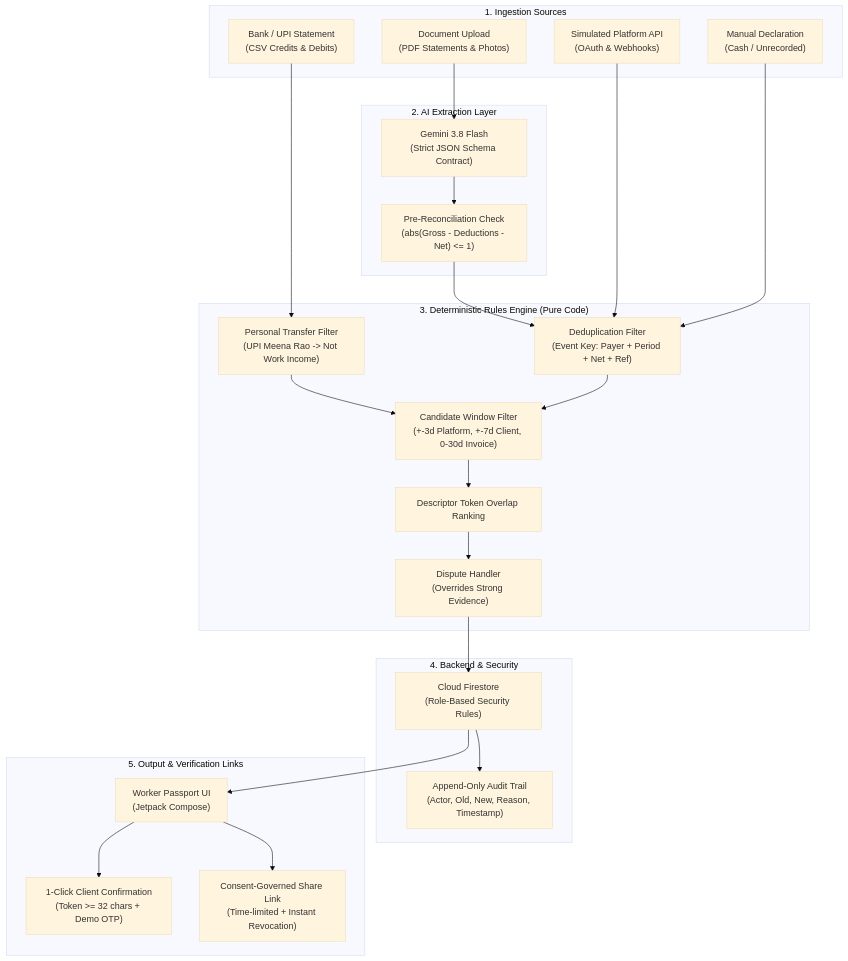
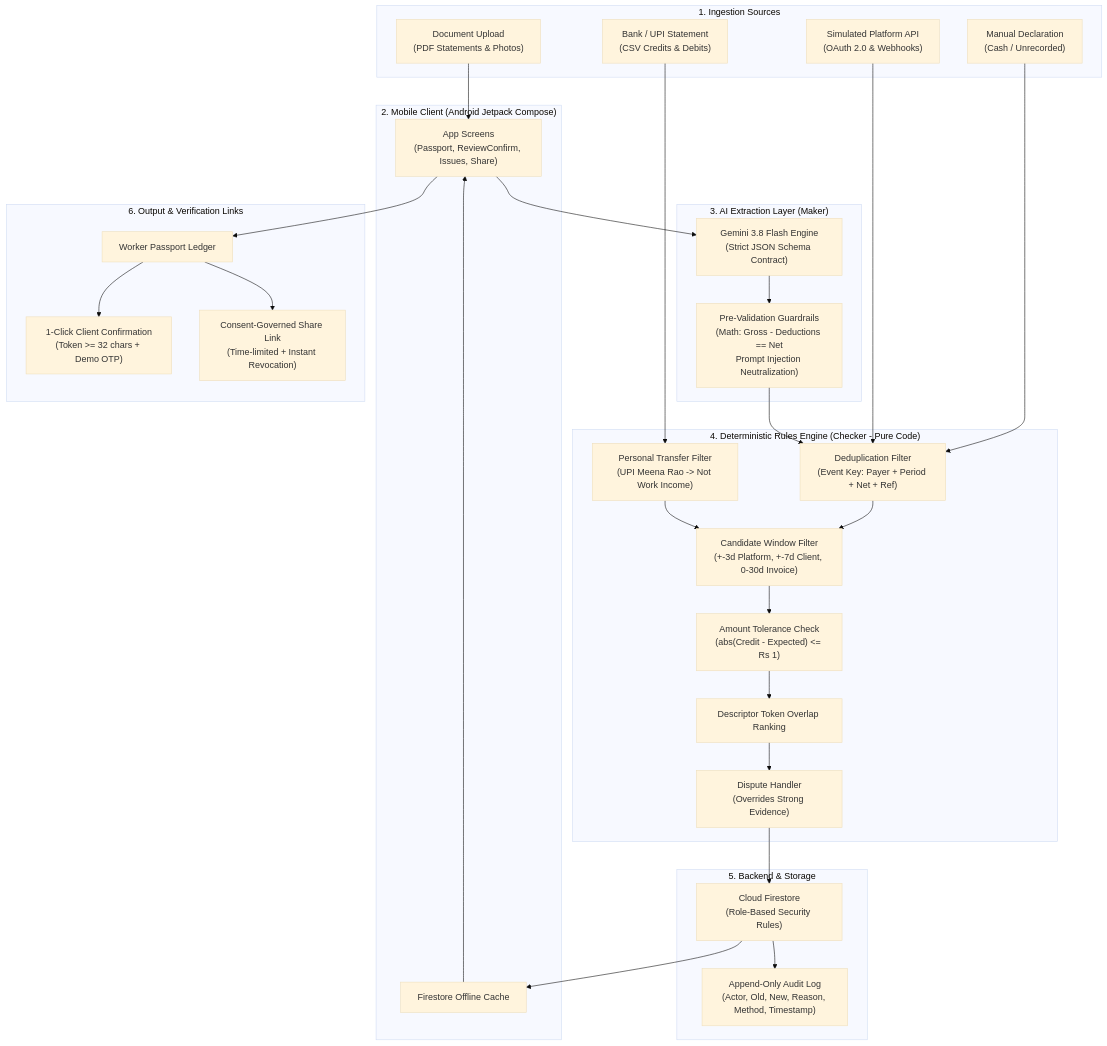
One commit to MRehan516/Earnings-and-Work-Passport- changed the first of 2 diagrams in README.md. Above: the diagram before and after it, drawn with Mermaid (base theme). The commit also changed other lines of this file, not shown here.

Commit message:
docs: enrich README with complete architecture flowchart, sequence diagram, integration register, and judge Q&A

````diff
--- a/README.md
+++ b/README.md
@@ -46,43 +47,50 @@
 ```mermaid
 flowchart TD
-    subgraph Ingestion["1. Ingestion Sources"]
+    subgraph Inputs["1. Ingestion Sources"]
         Doc["Document Upload\n(PDF Statements & Photos)"]
         BankCSV["Bank / UPI Statement\n(CSV Credits & Debits)"]
         Manual["Manual Declaration\n(Cash / Unrecorded)"]
-        SimAPI["Simulated Platform API\n(OAuth & Webhooks)"]
+        SimAPI["Simulated Platform API\n(OAuth 2.0 & Webhooks)"]
     end
 
-    subgraph AI["2. AI Extraction Layer"]
-        Gemini["Gemini 3.8 Flash\n(Strict JSON Schema Contract)"]
-        PreValidation["Pre-Reconciliation Check\n(abs(Gross - Deductions - Net) <= 1)"]
+    subgraph ClientLayer["2. Mobile Client (Android Jetpack Compose)"]
+        UI["App Screens\n(Passport, ReviewConfirm, Issues, Share)"]
+        LocalCache["Firestore Offline Cache"]
     end
 
-    subgraph Engine["3. Deterministic Rules Engine (Pure Code)"]
+    subgraph AILayer["3. AI Extraction Layer (Maker)"]
+        Gemini["Gemini 3.8 Flash Engine\n(Strict JSON Schema Contract)"]
+        MakerChecker["Pre-Validation Guardrails\n(Math: Gross - Deductions == Net\nPrompt Injection Neutralization)"]
+    end
+
+    subgraph EngineLayer["4. Deterministic Rules Engine (Checker - Pure Code)"]
         Dedupe["Deduplication Filter\n(Event Key: Payer + Period + Net + Ref)"]
         DateWindow["Candidate Window Filter\n(+-3d Platform, +-7d Client, 0-30d Invoice)"]
+        ToleranceCheck["Amount Tolerance Check\n(abs(Credit - Expected) <= Rs 1)"]
         NameRank["Descriptor Token Overlap Ranking"]
         PersonalFilter["Personal Transfer Filter\n(UPI Meena Rao -> Not Work Income)"]
         ConflictEngine["Dispute Handler\n(Overrides Strong Evidence)"]
     end
 
-    subgraph Storage["4. Backend & Security"]
+    subgraph StorageLayer["5. Backend & Storage"]
         Firestore["Cloud Firestore\n(Role-Based Security Rules)"]
-        Audit["Append-Only Audit Trail\n(Actor, Old, New, Reason, Timestamp)"]
+        Audit["Append-Only Audit Log\n(Actor, Old, New, Reason, Method, Timestamp)"]
     end
 
-    subgraph External["5. Output & Verification Links"]
-        PassportUI["Worker Passport UI\n(Jetpack Compose)"]
+    subgraph Outputs["6. Output & Verification Links"]
+        Passport["Worker Passport Ledger"]
         ClientLink["1-Click Client Confirmation\n(Token >= 32 chars + Demo OTP)"]
         ReviewerLink["Consent-Governed Share Link\n(Time-limited + Instant Revocation)"]
     end
 
-    Doc --> Gemini --> PreValidation --> Dedupe
+    Doc --> UI --> Gemini --> MakerChecker --> Dedupe
     SimAPI --> Dedupe
     Manual --> Dedupe
     BankCSV --> PersonalFilter --> DateWindow
-    Dedupe --> DateWindow --> NameRank --> ConflictEngine
-    ConflictEngine --> Firestore --> PassportUI
+    Dedupe --> DateWindow --> ToleranceCheck --> NameRank --> ConflictEngine
+    ConflictEngine --> Firestore --> LocalCache --> UI
     Firestore --> Audit
-    PassportUI --> ClientLink
-    PassportUI --> ReviewerLink
+    UI --> Passport
+    Passport --> ClientLink
+    Passport --> ReviewerLink
 ```
````
